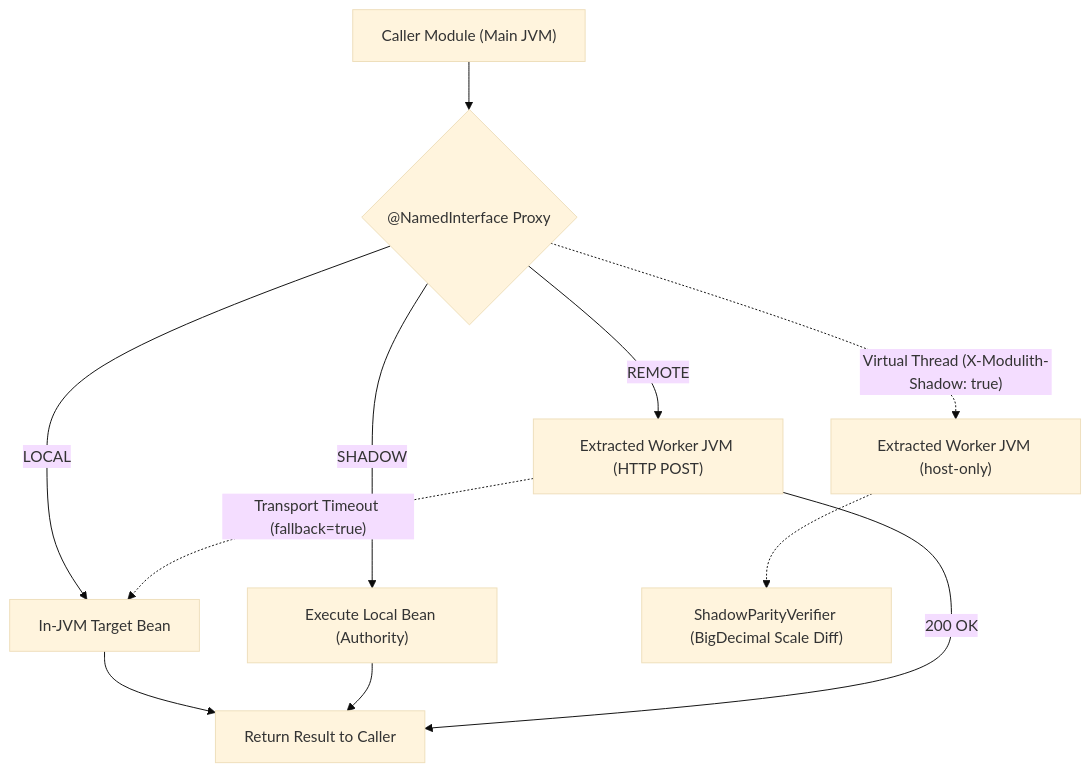
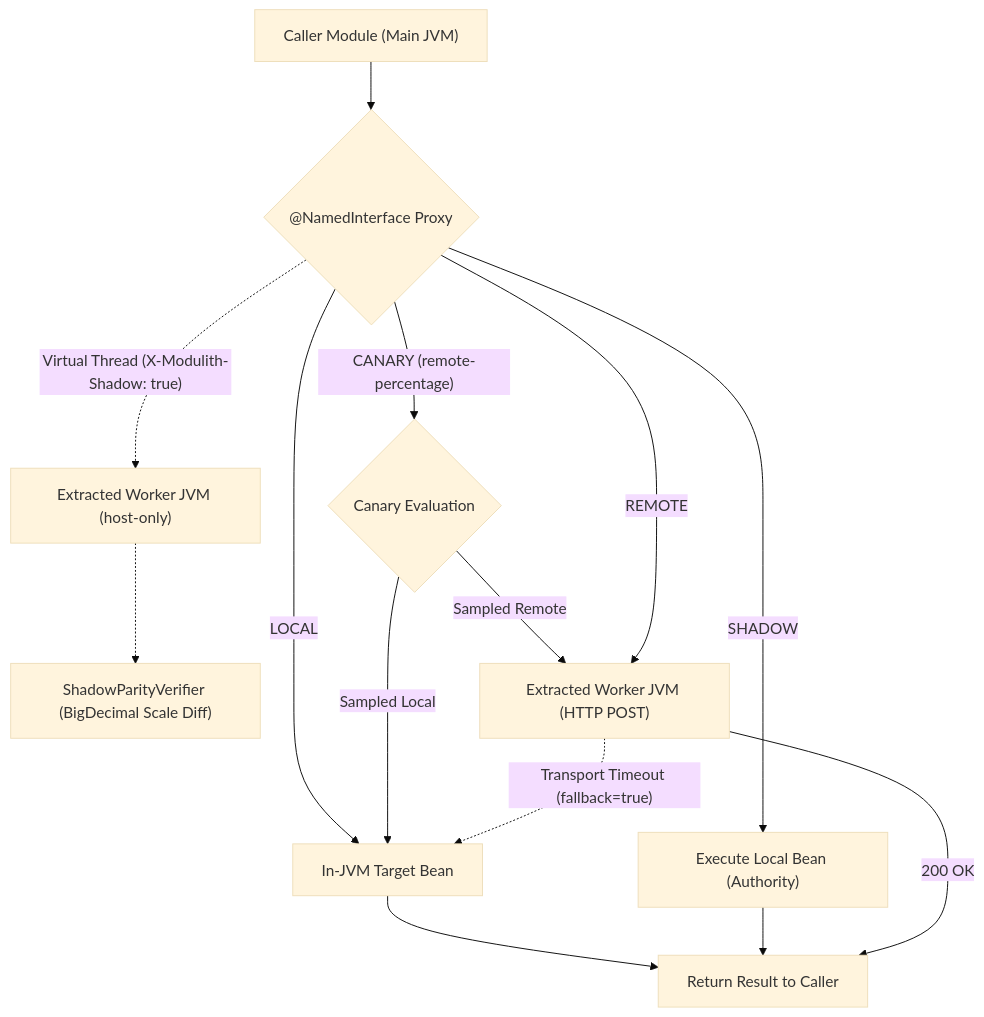
Before and after one commit to builtbyjuls/spring-modulith-strangler-bridge: the diagram in README.md, drawn with Mermaid (base theme). The commit also changed other lines of this file and 12 other files, not shown here.

````diff
--- a/README.md
+++ b/README.md
@@ -39,16 +41,20 @@
 ```mermaid
 flowchart TD
     Caller["Caller Module (Main JVM)"] --> Proxy{"@NamedInterface Proxy"}
 
     Proxy -- "LOCAL" --> Local["In-JVM Target Bean"]
     Local --> Return["Return Result to Caller"]
 
     Proxy -- "SHADOW" --> ShadowLocal["Execute Local Bean (Authority)"]
     ShadowLocal --> Return
     Proxy -. "Virtual Thread (X-Modulith-Shadow: true)" .-> Worker["Extracted Worker JVM (host-only)"]
     Worker -.-> Verifier["ShadowParityVerifier (BigDecimal Scale Diff)"]
 
+    Proxy -- "CANARY (remote-percentage)" --> CanaryRouter{"Canary Evaluation"}
+    CanaryRouter -- "Sampled Remote" --> WorkerRemote
+    CanaryRouter -- "Sampled Local" --> Local
+
     Proxy -- "REMOTE" --> WorkerRemote["Extracted Worker JVM (HTTP POST)"]
     WorkerRemote -- "200 OK" --> Return
     WorkerRemote -. "Transport Timeout (fallback=true)" .-> Local
 ```
````
